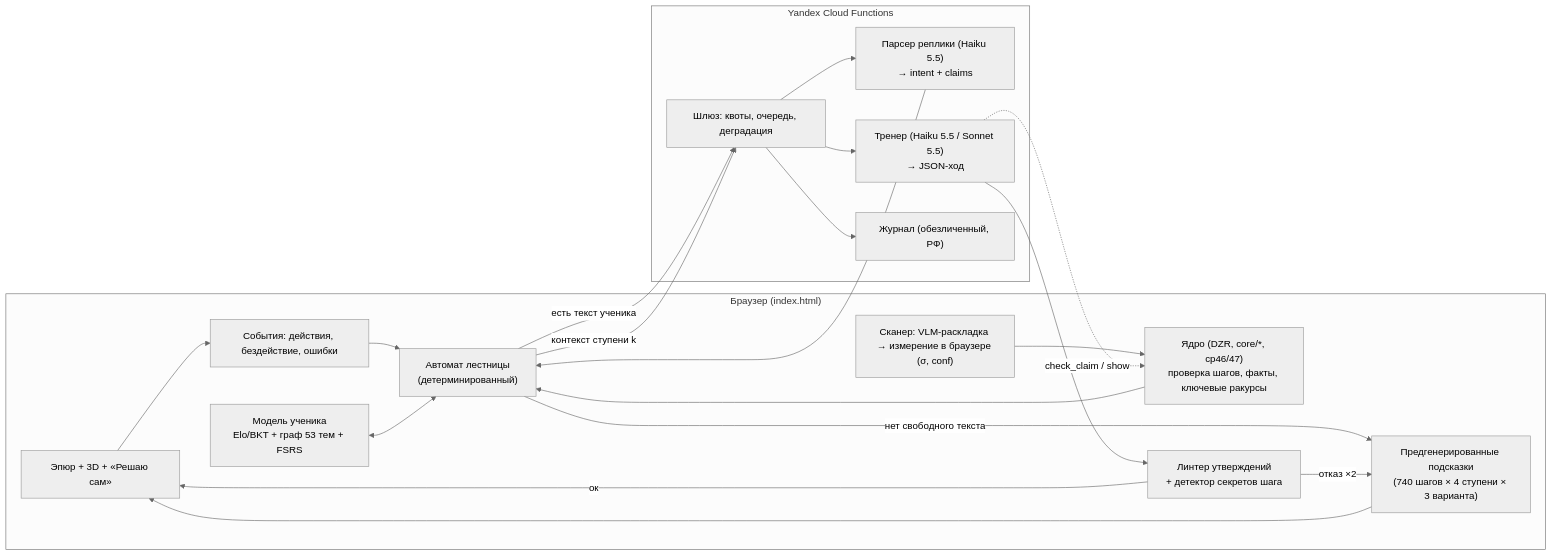
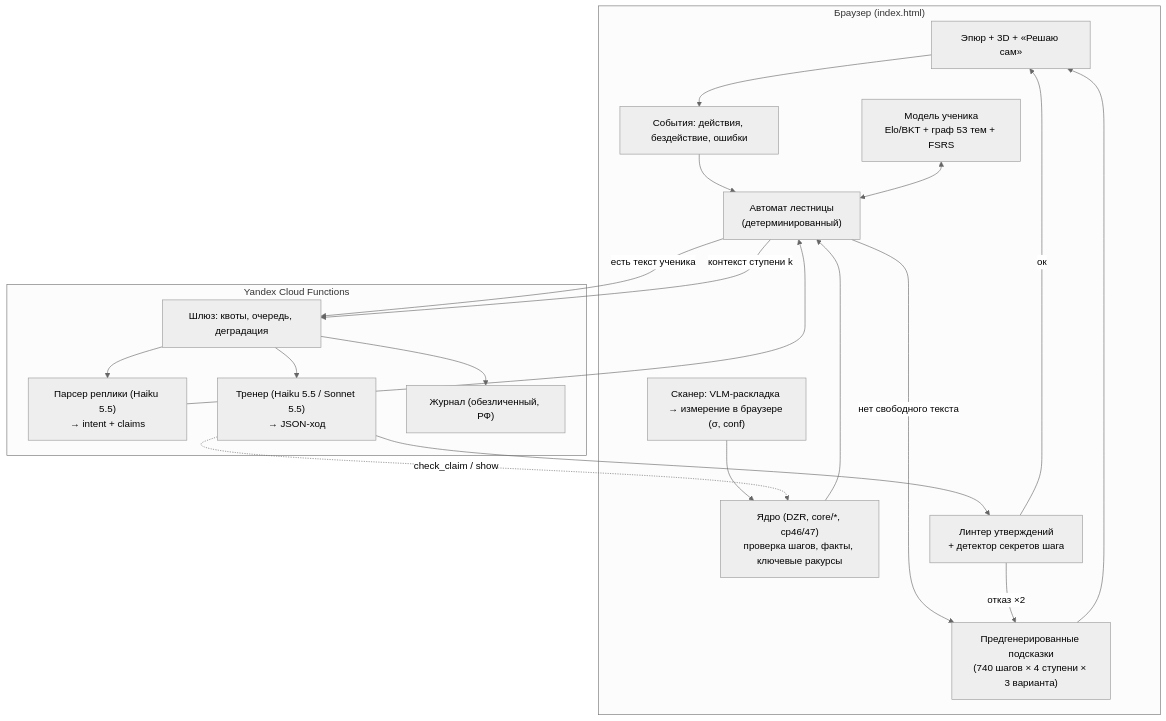
Before and after one commit to nachert1830/nachert: the first of 2 diagrams in docs/AI-TUTOR-RESEARCH.md, drawn with Mermaid (neutral theme). The commit also changed other lines of this file and 1 other file, not shown here.

````diff
--- a/docs/AI-TUTOR-RESEARCH.md
+++ b/docs/AI-TUTOR-RESEARCH.md
@@ -443,30 +631,30 @@
 ```mermaid
-flowchart LR
+flowchart TB
   subgraph Browser["Браузер (index.html)"]
     UI["Эпюр + 3D + «Решаю сам»"]
     EV["События: действия, бездействие, ошибки"]
     K["Ядро (DZR, core/*, cp46/47)\nпроверка шагов, факты, ключевые ракурсы"]
     FSM["Автомат лестницы\n(детерминированный)"]
     SM["Модель ученика\nElo/BKT + граф 53 тем + FSRS"]
     LINT["Линтер утверждений\n+ детектор секретов шага"]
     SCN["Сканер: VLM-раскладка → измерение в браузере (σ, conf)"]
     TPL["Предгенерированные подсказки\n(740 шагов × 4 ступени × 3 варианта)"]
   end
   subgraph Cloud["Yandex Cloud Functions"]
     GW["Шлюз: квоты, очередь, деградация"]
     PAR["Парсер реплики (Haiku 5.5)\n→ intent + claims"]
     TUT["Тренер (Haiku 5.5 / Sonnet 5.5)\n→ JSON-ход"]
     LOG["Журнал (обезличенный, РФ)"]
   end
   UI --> EV --> FSM
   K --> FSM
   SM <--> FSM
   SCN --> K
   FSM -->|нет свободного текста| TPL --> UI
   FSM -->|есть текст ученика| GW --> PAR --> FSM
   FSM -->|контекст ступени k| GW --> TUT --> LINT
   LINT -->|ок| UI
   LINT -->|отказ ×2| TPL
   TUT -.check_claim / show.-> K
   GW --> LOG
 ```
````
